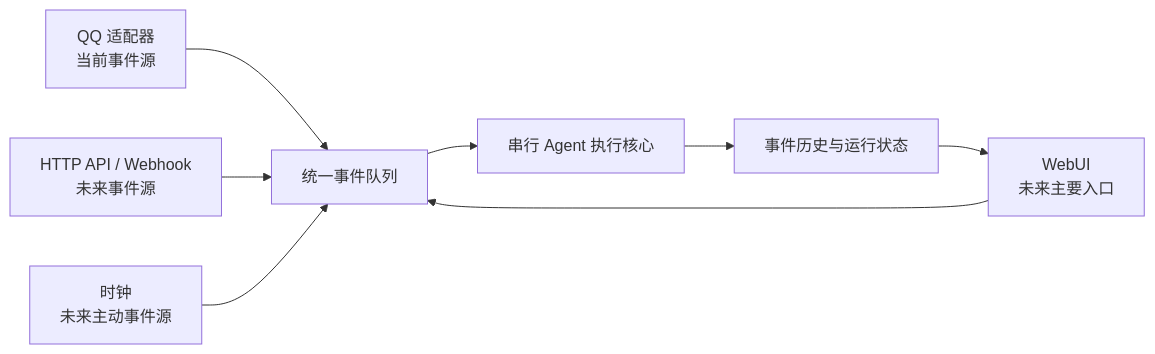
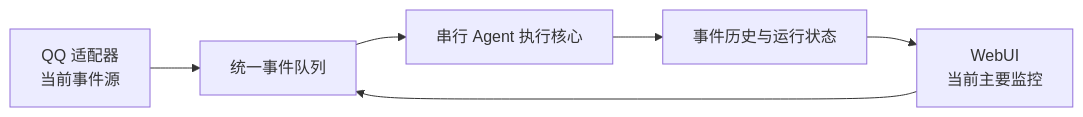
Before and after one commit to g-Ironfox/AAgent: the second of 2 diagrams in docs/00-设计哲学.md, drawn with Mermaid. The commit also changed other lines of this file and 12 other files, not shown here.

````diff
--- a/docs/00-设计哲学.md
+++ b/docs/00-设计哲学.md
@@ -83,10 +111,8 @@
 ```mermaid
 flowchart LR
     QQ["QQ 适配器<br/>当前事件源"] --> Q["统一事件队列"]
-    WEB["WebUI<br/>未来主要入口"] --> Q
-    API["HTTP API / Webhook<br/>未来事件源"] --> Q
-    CLOCK["时钟<br/>未来主动事件源"] --> Q
+    WEB["WebUI<br/>当前主要监控"] --> Q
     Q --> CORE["串行 Agent 执行核心"]
     CORE --> HISTORY["事件历史与运行状态"]
     HISTORY --> WEB
 ```
````
